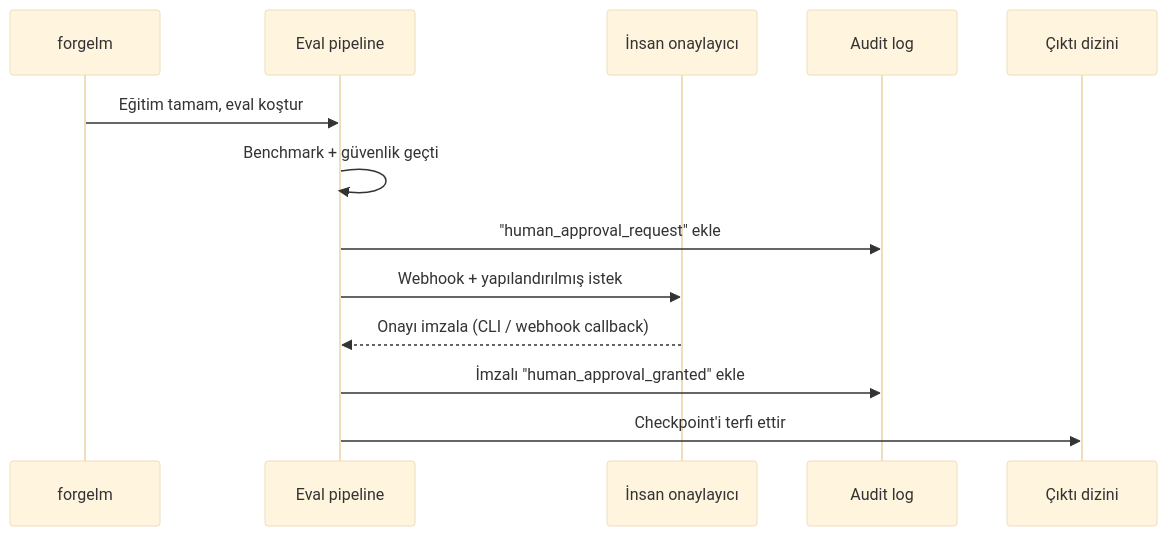
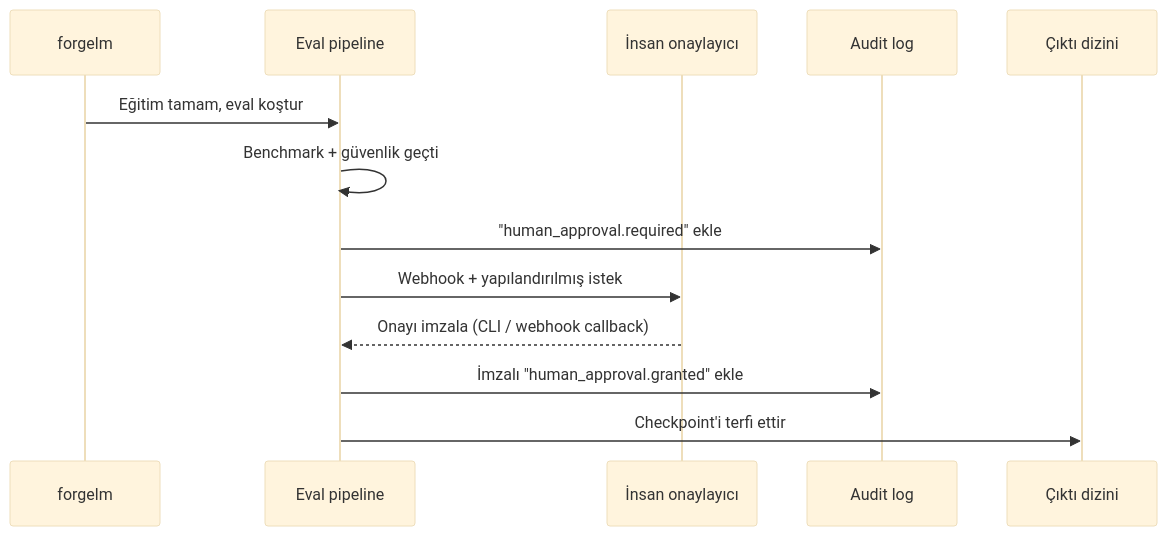
The diagram in docs/usermanuals/tr/compliance/human-oversight.md (cemililik/ForgeLM), drawn with Mermaid (base theme) before and after one commit. The commit also changed other lines of this file and 20 other files, not shown here.

````diff
--- a/docs/usermanuals/tr/compliance/human-oversight.md
+++ b/docs/usermanuals/tr/compliance/human-oversight.md
@@ -12,16 +12,16 @@
 ```mermaid
 sequenceDiagram
     participant Train as forgelm
     participant Eval as Eval pipeline
     participant Approver as İnsan onaylayıcı
     participant Audit as Audit log
     participant Output as Çıktı dizini
 
     Train->>Eval: Eğitim tamam, eval koştur
     Eval->>Eval: Benchmark + güvenlik geçti
-    Eval->>Audit: "human_approval_request" ekle
+    Eval->>Audit: "human_approval.required" ekle
     Eval->>Approver: Webhook + yapılandırılmış istek
     Approver-->>Eval: Onayı imzala (CLI / webhook callback)
-    Eval->>Audit: İmzalı "human_approval_granted" ekle
+    Eval->>Audit: İmzalı "human_approval.granted" ekle
     Eval->>Output: Checkpoint'i terfi ettir
 ```
````
